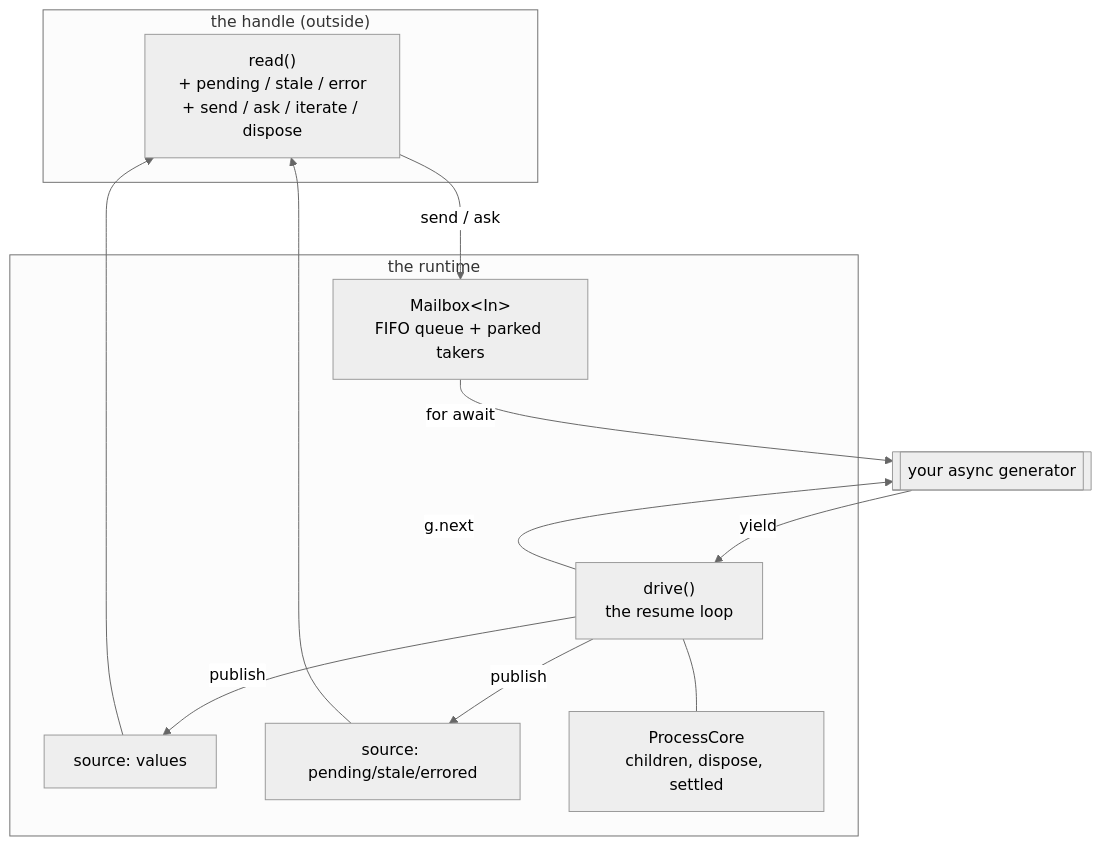
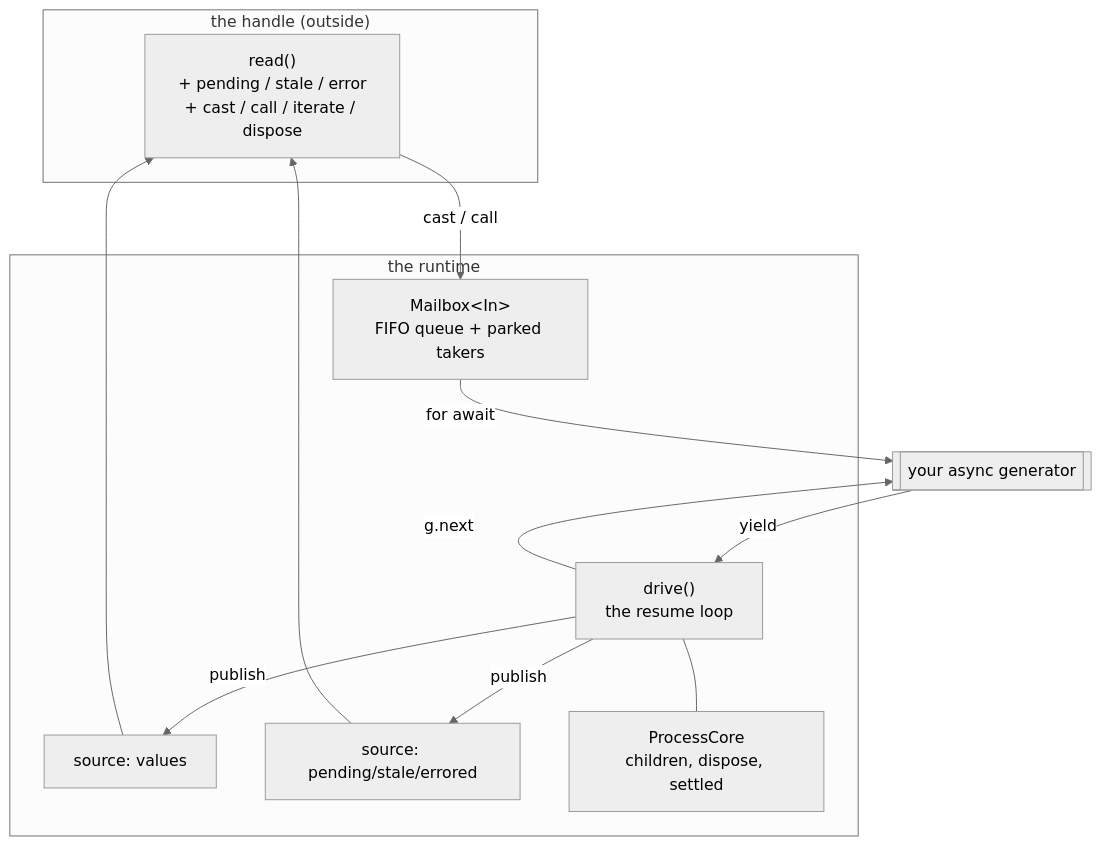
One commit to twfarland/nonchalant changed the first of 3 diagrams in docs/internals/process.md. Above: the diagram before and after it, drawn with Mermaid (neutral theme). The commit also changed other lines of this file and 101 other files, not shown here.

Commit message:
use erlang style call/cast naming consistently

````diff
--- a/docs/internals/process.md
+++ b/docs/internals/process.md
@@ -9,24 +9,24 @@
 ```mermaid
 flowchart TD
     subgraph handle["the handle (outside)"]
-        READ["read()<br/>+ pending / stale / error<br/>+ send / ask / iterate / dispose"]
+        READ["read()<br/>+ pending / stale / error<br/>+ cast / call / iterate / dispose"]
     end
     subgraph runtime["the runtime"]
         MB["Mailbox&lt;In&gt;<br/>FIFO queue + parked takers"]
         DRIVE["drive()<br/>the resume loop"]
         SRC["source: values"]
         META["source: pending/stale/errored"]
         CORE["ProcessCore<br/>children, dispose, settled"]
     end
     GEN[["your async generator"]]
 
-    READ -->|send / ask| MB
+    READ -->|cast / call| MB
     MB -->|for await| GEN
     DRIVE -->|g.next| GEN
     GEN -->|yield| DRIVE
     DRIVE -->|publish| SRC
     DRIVE -->|publish| META
     SRC --> READ
     META --> READ
     DRIVE --- CORE
 ```
````
